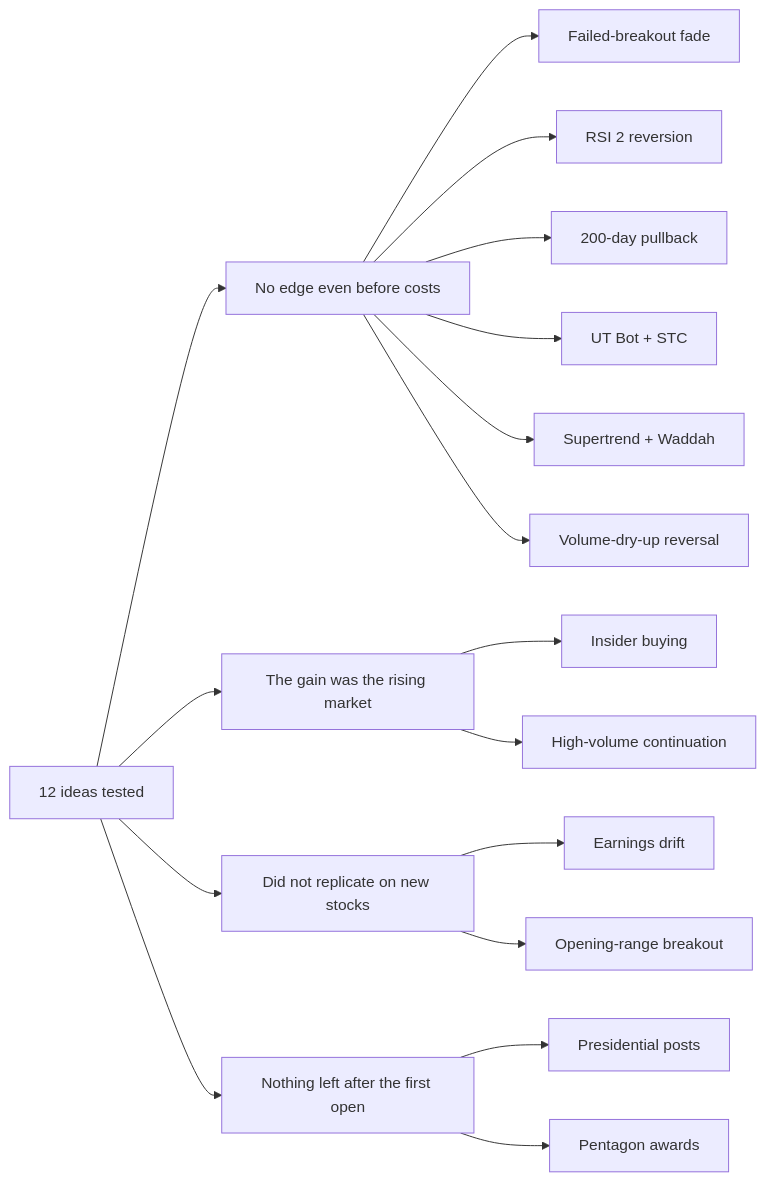
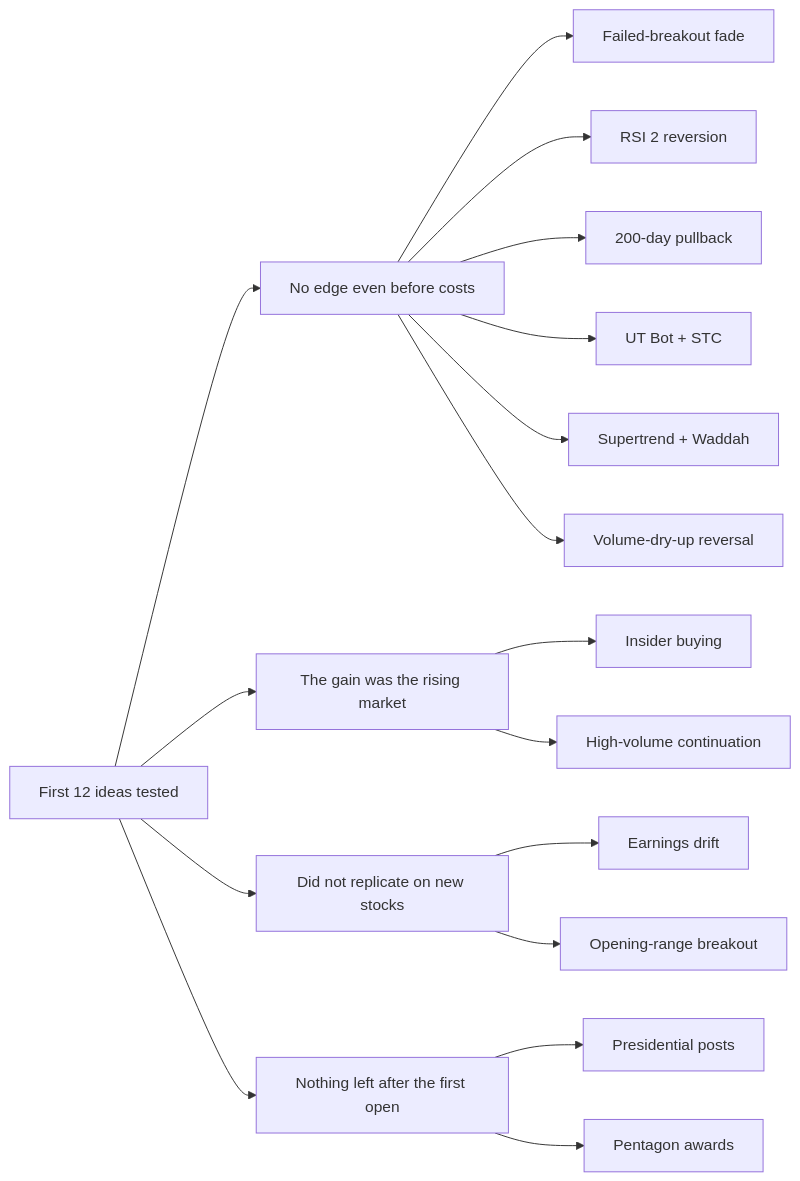
Before and after one commit to Malekhalifa/sift: the diagram in docs/diagrams/verdicts.mmd, drawn with Mermaid. The commit also changed 12 other files, not shown here.

```diff
--- a/docs/diagrams/verdicts.mmd
+++ b/docs/diagrams/verdicts.mmd
@@ -1,17 +1,17 @@
 flowchart LR
-  R[12 ideas tested] --> G1[No edge even before costs]
+  R[First 12 ideas tested] --> G1[No edge even before costs]
   R --> G2[The gain was the rising market]
   R --> G3[Did not replicate on new stocks]
   R --> G4[Nothing left after the first open]
   G1 --> a1[Failed-breakout fade]
   G1 --> a2[RSI 2 reversion]
   G1 --> a3[200-day pullback]
   G1 --> a4[UT Bot + STC]
   G1 --> a5[Supertrend + Waddah]
   G1 --> a6[Volume-dry-up reversal]
   G2 --> b1[Insider buying]
   G2 --> b2[High-volume continuation]
   G3 --> c1[Earnings drift]
   G3 --> c2[Opening-range breakout]
   G4 --> d1[Presidential posts]
   G4 --> d2[Pentagon awards]
```
